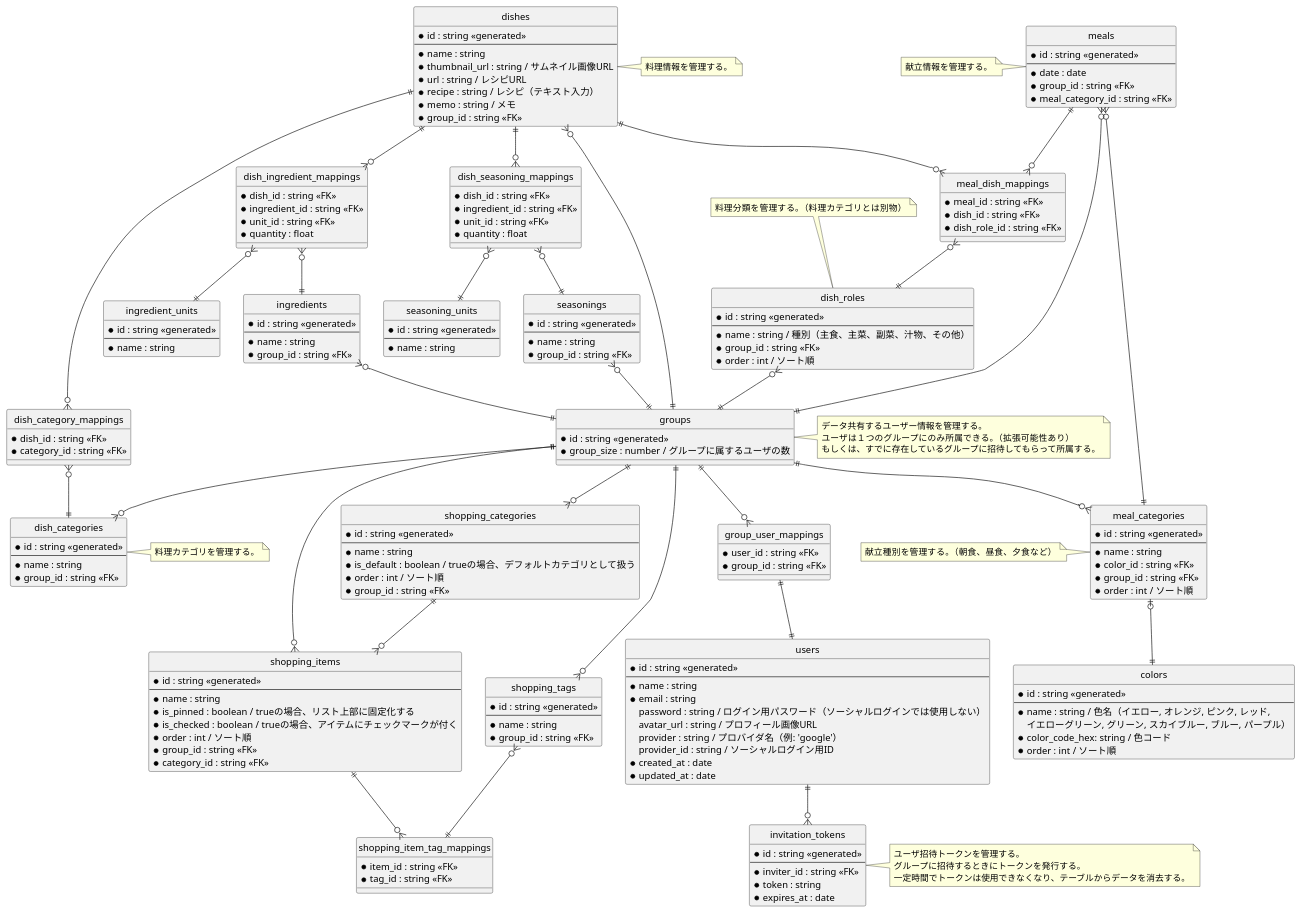
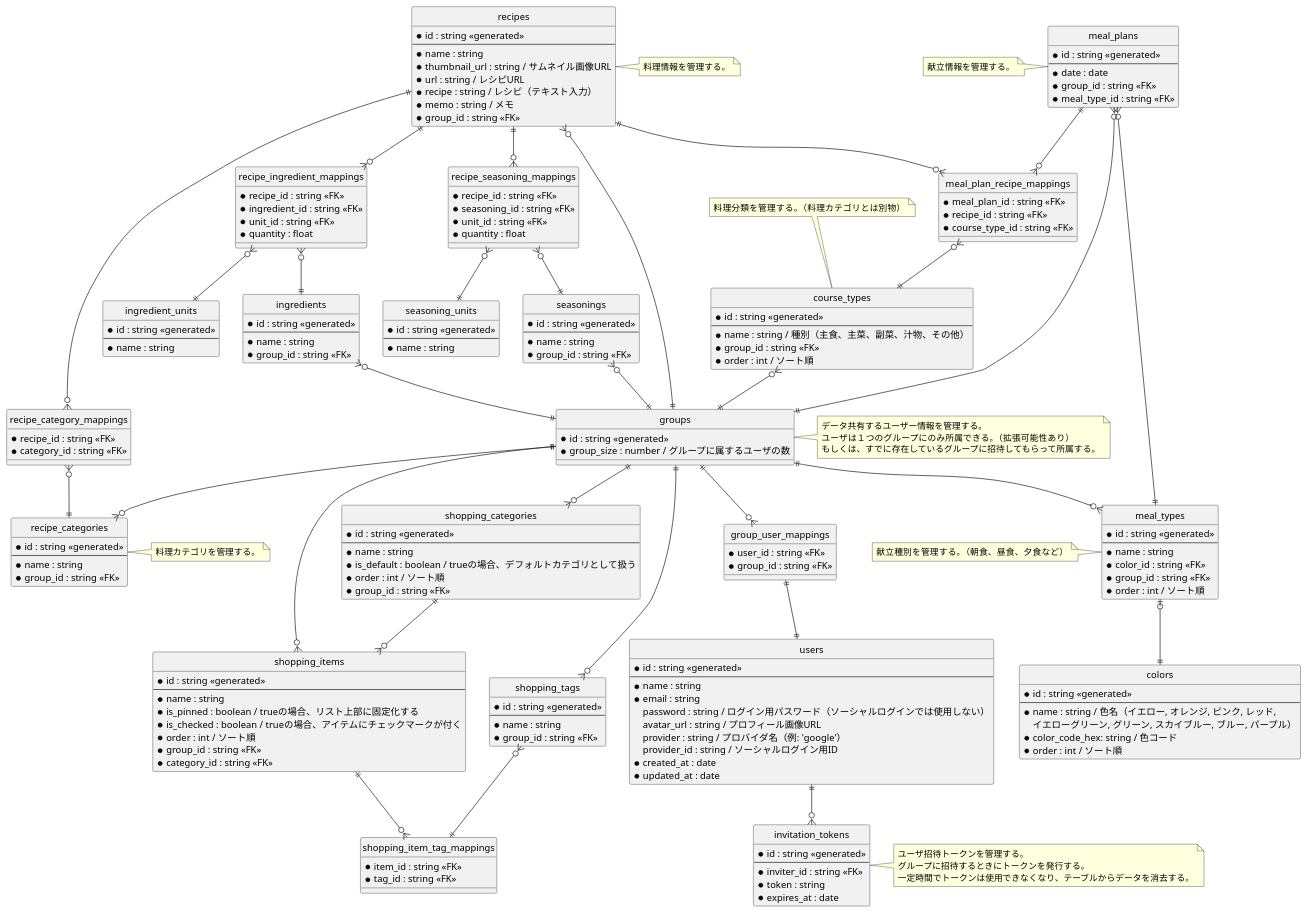
The diagram in server/docs/er.puml (nanoha94/meap), drawn with PlantUML before and after one commit. The commit also changed 47 other files, not shown here.

```diff
--- a/server/docs/er.puml
+++ b/server/docs/er.puml
@@ -27,12 +27,12 @@
     * name : string
 }
 
-entity dish_category_mappings {
-    * dish_id : string <<FK>>
+entity recipe_category_mappings {
+    * recipe_id : string <<FK>>
     * category_id : string <<FK>>
 }
 
-entity dishes {
+entity recipes {
     * id : string <<generated>>
     --
     * name : string
@@ -43,21 +43,21 @@
     * group_id : string <<FK>>
 }
 
-entity dish_ingredient_mappings {
-    * dish_id : string <<FK>>
+entity recipe_ingredient_mappings {
+    * recipe_id : string <<FK>>
     * ingredient_id : string <<FK>>
     * unit_id : string <<FK>>
     * quantity : float
 }
 
-entity dish_seasoning_mappings {
-    * dish_id : string <<FK>>
-    * ingredient_id : string <<FK>>
+entity recipe_seasoning_mappings {
+    * recipe_id : string <<FK>>
+    * seasoning_id : string <<FK>>
     * unit_id : string <<FK>>
     * quantity : float
 }
 
-entity dish_roles {
+entity course_types {
     * id : string <<generated>>
     ---
     * name : string / 種別（主食、主菜、副菜、汁物、その他）
@@ -65,7 +65,7 @@
     * order : int / ソート順
 }
 
-entity dish_categories {
+entity recipe_categories {
     * id : string <<generated>>
     --
     * name : string
@@ -77,22 +77,22 @@
     * group_size : number / グループに属するユーザの数
 }
 
-entity meal_dish_mappings {
-    * meal_id : string <<FK>>
-    * dish_id : string <<FK>>
-    * dish_role_id : string <<FK>>
+entity meal_plan_recipe_mappings {
+    * meal_plan_id : string <<FK>>
+    * recipe_id : string <<FK>>
+    * course_type_id : string <<FK>>
 }
 
-entity meals {
+entity meal_plans {
     * id : string <<generated>>
     ---
     * date : date
     * group_id : string <<FK>>
-    * meal_category_id : string <<FK>>
+    * meal_type_id : string <<FK>>
 }
 
 
-entity meal_categories {
+entity meal_types {
     * id : string <<generated>>
     --
     * name : string
@@ -179,31 +179,31 @@
 shopping_items ||--o{ shopping_item_tag_mappings
 shopping_tags }o--|| shopping_item_tag_mappings
 
-groups ||--o{ meal_categories
-meal_categories |o--|| colors
+groups ||--o{ meal_types
+meal_types |o--|| colors
 
-meals }o--|| groups
-meals }o--|| meal_categories
-dish_roles }o--|| groups
-dishes }o--|| groups
-dishes ||--o{ meal_dish_mappings
-meals ||--o{ meal_dish_mappings
-meal_dish_mappings }o--|| dish_roles
+meal_plans }o--|| groups
+meal_plans }o--|| meal_types
+course_types }o--|| groups
+recipes }o--|| groups
+recipes ||--o{ meal_plan_recipe_mappings
+meal_plans ||--o{ meal_plan_recipe_mappings
+meal_plan_recipe_mappings }o--|| course_types
 
-groups ||--o{ dish_categories
-dishes ||--o{ dish_category_mappings
-dish_category_mappings }o--|| dish_categories
+groups ||--o{ recipe_categories
+recipes ||--o{ recipe_category_mappings
+recipe_category_mappings }o--|| recipe_categories
 
 ingredients }o--|| groups
-dishes ||--o{ dish_ingredient_mappings
-dish_ingredient_mappings }o--|| ingredient_units
-dish_ingredient_mappings }o--|| ingredients
+recipes ||--o{ recipe_ingredient_mappings
+recipe_ingredient_mappings }o--|| ingredient_units
+recipe_ingredient_mappings }o--|| ingredients
 
 
 seasonings }o--|| groups
-dishes ||--o{ dish_seasoning_mappings
-dish_seasoning_mappings }o--|| seasoning_units
-dish_seasoning_mappings }o--|| seasonings
+recipes ||--o{ recipe_seasoning_mappings
+recipe_seasoning_mappings }o--|| seasoning_units
+recipe_seasoning_mappings }o--|| seasonings
 
 
 note right of groups
@@ -212,23 +212,23 @@
   もしくは、すでに存在しているグループに招待してもらって所属する。
 end note
 
-note left of meals
+note left of meal_plans
   献立情報を管理する。
 end note
 
-note left of meal_categories
+note left of meal_types
   献立種別を管理する。（朝食、昼食、夕食など）
 end note
 
-note right of dishes
+note right of recipes
   料理情報を管理する。
 end note
 
-note top of dish_roles
+note top of course_types
   料理分類を管理する。（料理カテゴリとは別物）
 end note
 
-note right of dish_categories
+note right of recipe_categories
   料理カテゴリを管理する。
 end note
 
```
